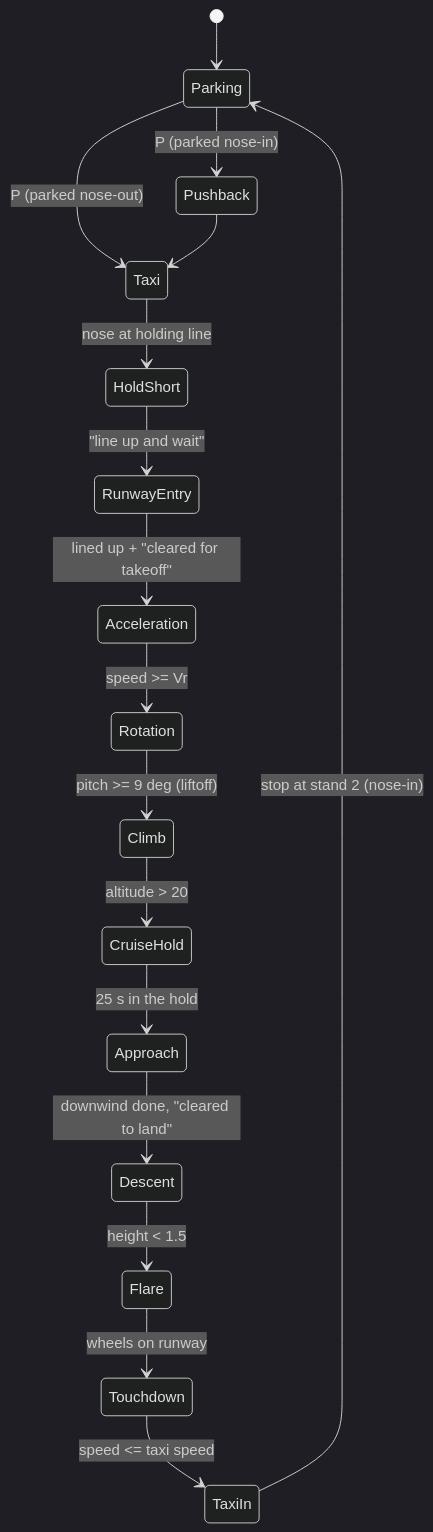
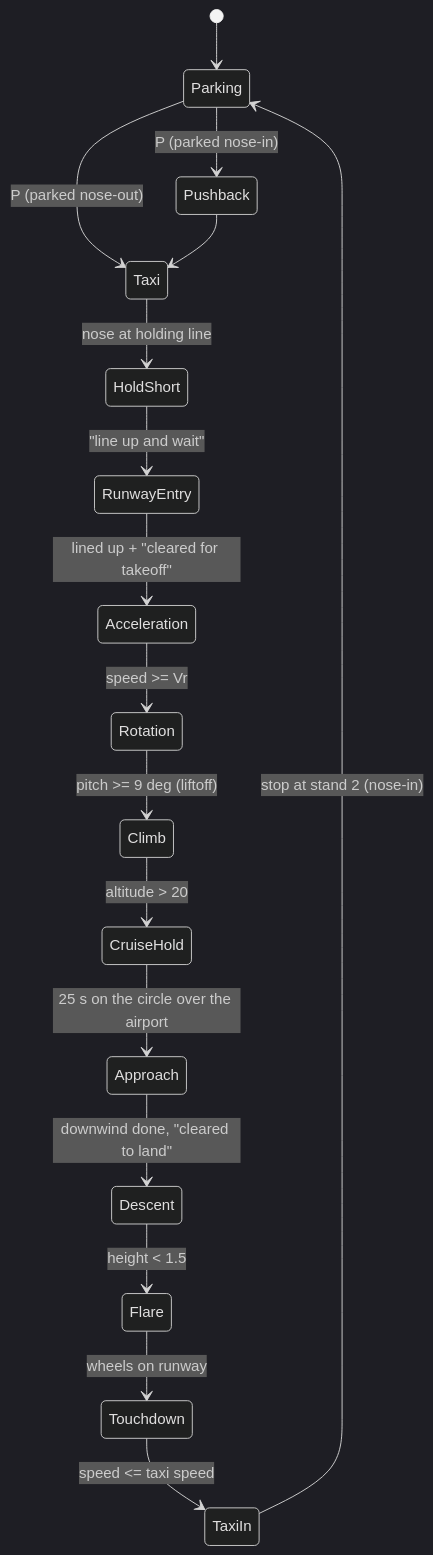
Before and after one commit to shishir-kuet/airport-atc-simulation-opengl: the third of 5 diagrams in README.md, drawn with Mermaid (dark theme). The commit also changed other lines of this file, not shown here.

First line of the commit message:
docs: document rocket base, cockpit controls and overhead hold

````diff
--- a/README.md
+++ b/README.md
@@ -331,19 +334,19 @@
 ```mermaid
 stateDiagram-v2
     [*] --> Parking
     Parking --> Pushback: P (parked nose-in)
     Parking --> Taxi: P (parked nose-out)
     Pushback --> Taxi
     Taxi --> HoldShort: nose at holding line
     HoldShort --> RunwayEntry: "line up and wait"
     RunwayEntry --> Acceleration: lined up + "cleared for takeoff"
     Acceleration --> Rotation: speed >= Vr
     Rotation --> Climb: pitch >= 9 deg (liftoff)
     Climb --> CruiseHold: altitude > 20
-    CruiseHold --> Approach: 25 s in the hold
+    CruiseHold --> Approach: 25 s on the circle over the airport
     Approach --> Descent: downwind done, "cleared to land"
     Descent --> Flare: height < 1.5
     Flare --> Touchdown: wheels on runway
     Touchdown --> TaxiIn: speed <= taxi speed
     TaxiIn --> Parking: stop at stand 2 (nose-in)
 ```
````
